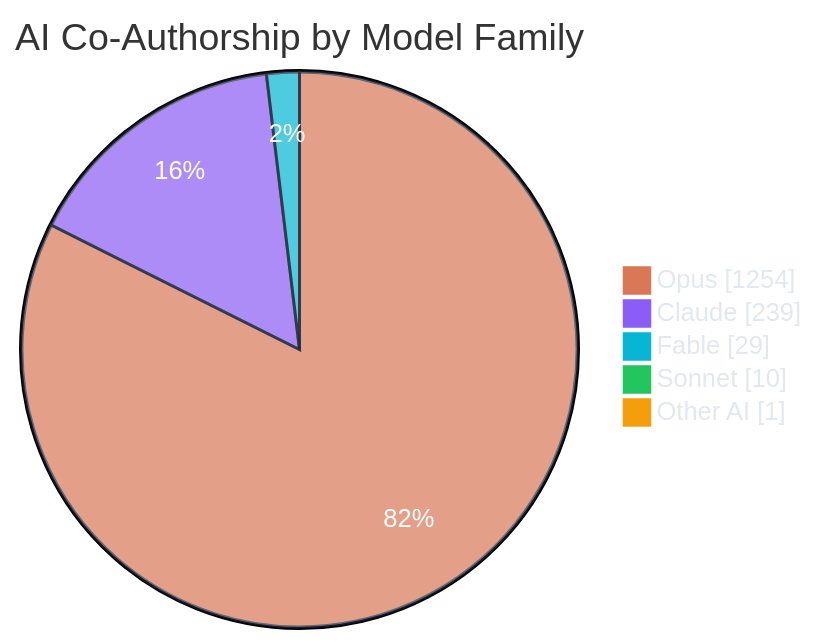
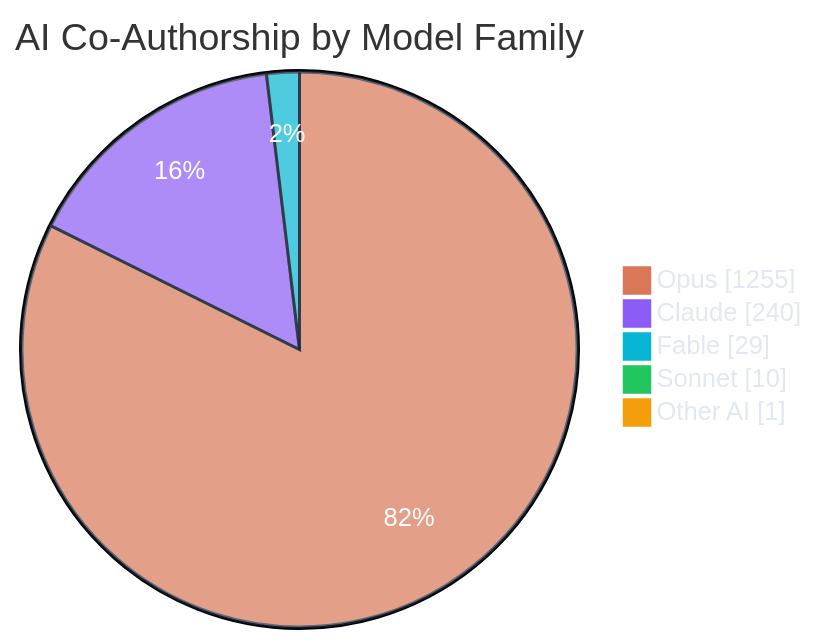
Before and after one commit to polo-nyan/polo-nyan: the third of 7 diagrams in README.md, drawn with Mermaid. The commit also changed other lines of this file and 1 other file, not shown here.

````diff
--- a/README.md
+++ b/README.md
@@ -279,10 +279,10 @@
 ```mermaid
 %%{init: {"theme": "base", "themeVariables": { "pie1": "#d97757", "pie2": "#8b5cf6", "pie3": "#06b6d4", "pie4": "#22c55e", "pie5": "#f59e0b", "pie6": "#ec4899", "pieTextColor": "#ffffff", "pieLegendTextColor": "#e2e8f0", "pieSectionTextColor": "#ffffff", "pieStrokeColor": "#1e293b" }}}%%
 pie showData
     title AI Co-Authorship by Model Family
-    "Opus" : 1254
-    "Claude" : 239
+    "Opus" : 1255
+    "Claude" : 240
     "Fable" : 29
     "Sonnet" : 10
     "Other AI" : 1
 ```
````
